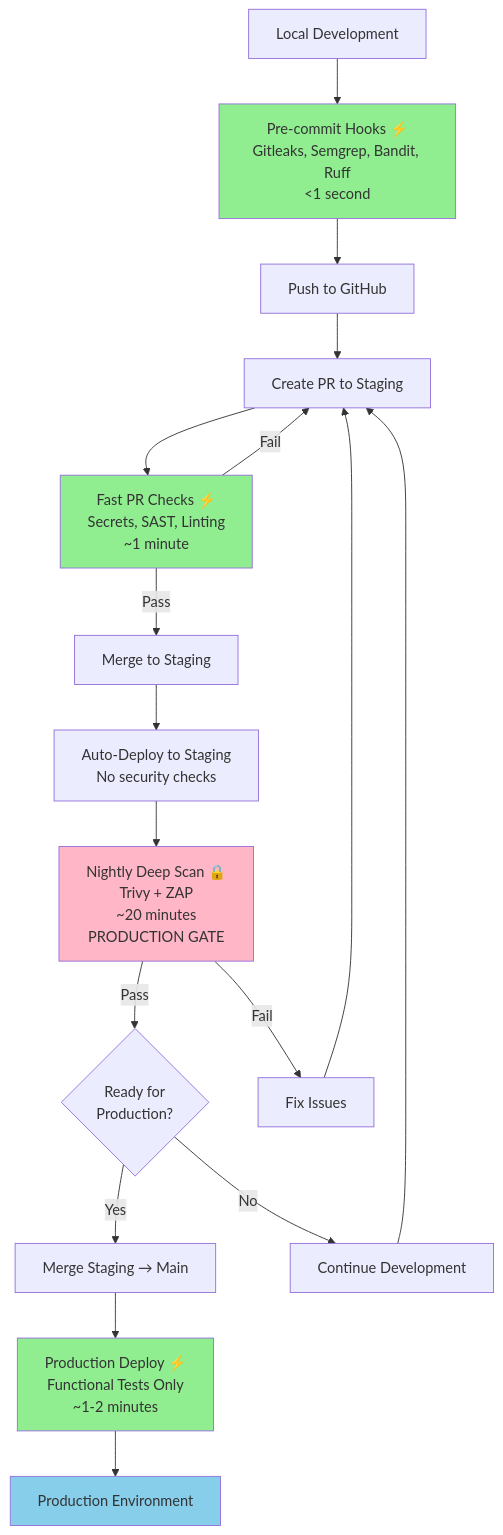
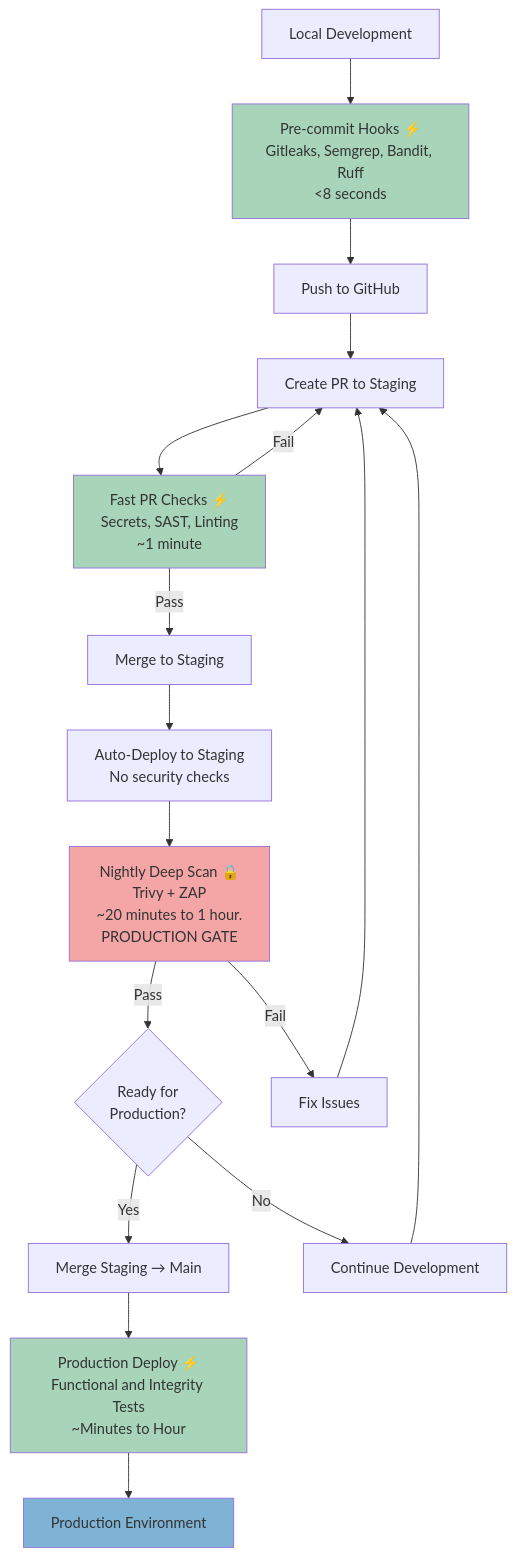
One commit to jesus-vc/rag-engine changed the diagram in README.md. Above: the diagram before and after it, drawn with Mermaid. The commit also changed other lines of this file and 2 other files, not shown here.

Commit message:
updating files and docs

````diff
--- a/README.md
+++ b/README.md
@@ -30,25 +30,26 @@
 ```mermaid
 graph TD
-    A[Local Development] --> B[Pre-commit Hooks ⚡<br/>Gitleaks, Semgrep, Bandit, Ruff<br/>&lt;1 second]
+    A[Local Development] --> B[Pre-commit Hooks ⚡<br/>Gitleaks, Semgrep, Bandit, Ruff<br/>&lt;8 seconds]
     B --> C[Push to GitHub]
     C --> D[Create PR to Staging]
     D --> E[Fast PR Checks ⚡<br/>Secrets, SAST, Linting<br/>~1 minute]
     E -->|Pass| F[Merge to Staging]
     E -->|Fail| D
     F --> G[Auto-Deploy to Staging<br/>No security checks]
-    G --> H[Nightly Deep Scan 🔒<br/>Trivy + ZAP<br/>~20 minutes<br/>PRODUCTION GATE]
+    G --> H[Nightly Deep Scan 🔒<br/>Trivy + ZAP<br/>~20 minutes to 1 hour.<br/>PRODUCTION GATE]
     H -->|Pass| I{Ready for<br/>Production?}
     H -->|Fail| J[Fix Issues]
     J --> D
     I -->|Yes| K[Merge Staging → Main]
     I -->|No| L[Continue Development]
     L --> D
-    K --> M[Production Deploy ⚡<br/>Functional Tests Only<br/>~1-2 minutes]
+    K --> M[Production Deploy ⚡<br/>Functional and Integrity Tests<br/>~Minutes to Hour]
     M --> N[Production Environment]
 
-    style B fill:#90EE90
-    style E fill:#90EE90
-    style H fill:#FFB6C6
-    style M fill:#90EE90
-    style N fill:#87CEEB
+    style B fill:#A8D5BA
+    style E fill:#A8D5BA
+    style H fill:#F4A6A6
+    style M fill:#A8D5BA
+    style N fill:#7FB3D5
+
 ```
````
